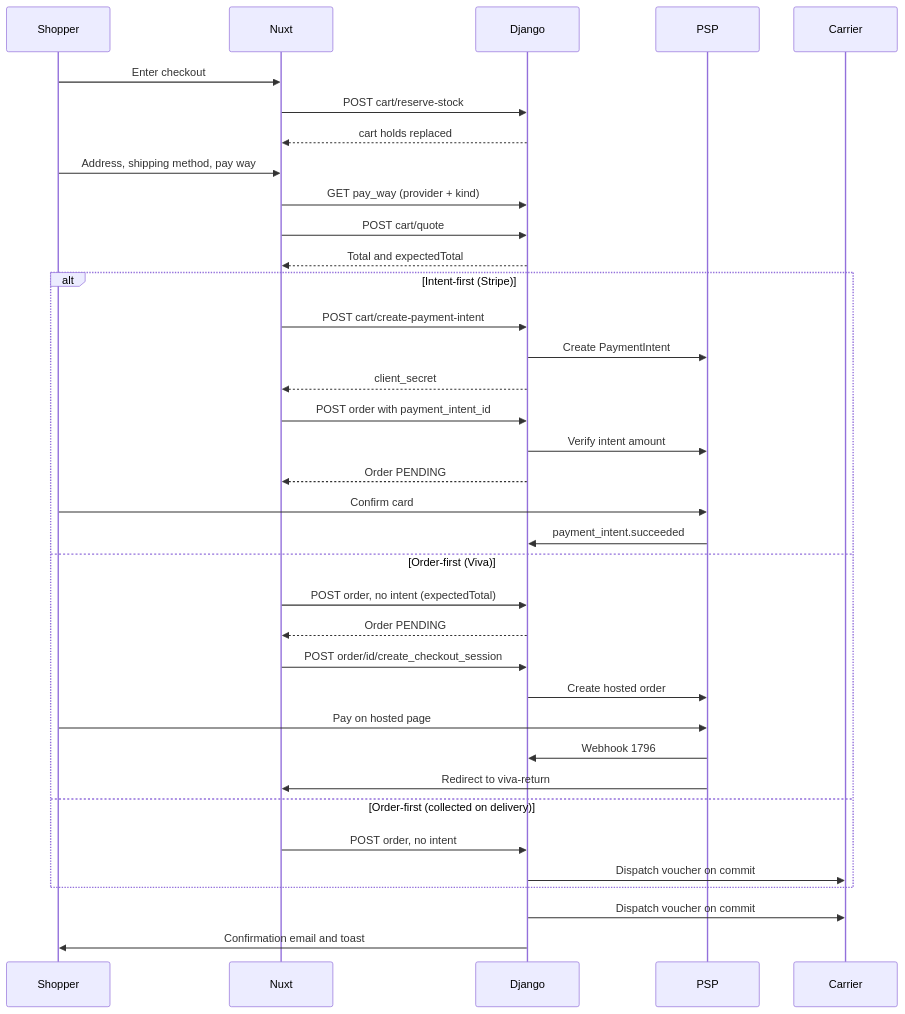
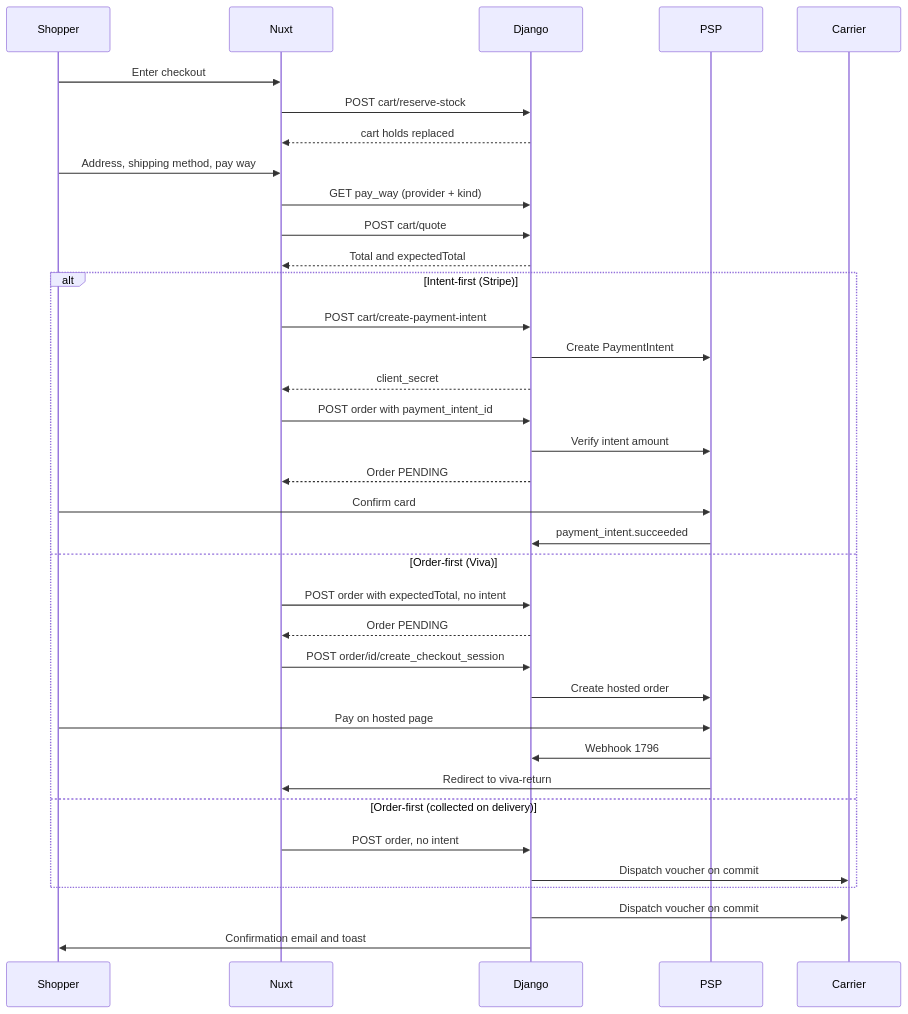
Before and after one commit to vasilistotskas/grooveshop-docs: the diagram in src/dev/flows/checkout-and-payment.md, drawn with Mermaid. The commit also changed other lines of this file and 2 other files, not shown here.

Commit message:
docs: expectedTotal is required on order creation

````diff
--- a/src/dev/flows/checkout-and-payment.md
+++ b/src/dev/flows/checkout-and-payment.md
@@ -23,39 +23,39 @@
 ```mermaid
 sequenceDiagram
   participant S as Shopper
   participant N as Nuxt
   participant D as Django
   participant P as PSP
   participant C as Carrier
 
   S->>N: Enter checkout
   N->>D: POST cart/reserve-stock
   D-->>N: cart holds replaced
   S->>N: Address, shipping method, pay way
   N->>D: GET pay_way (provider + kind)
   N->>D: POST cart/quote
   D-->>N: Total and expectedTotal
   alt Intent-first (Stripe)
     N->>D: POST cart/create-payment-intent
     D->>P: Create PaymentIntent
     D-->>N: client_secret
     N->>D: POST order with payment_intent_id
     D->>P: Verify intent amount
     D-->>N: Order PENDING
     S->>P: Confirm card
     P->>D: payment_intent.succeeded
   else Order-first (Viva)
-    N->>D: POST order, no intent (expectedTotal)
+    N->>D: POST order with expectedTotal, no intent
     D-->>N: Order PENDING
     N->>D: POST order/id/create_checkout_session
     D->>P: Create hosted order
     S->>P: Pay on hosted page
     P->>D: Webhook 1796
     P->>N: Redirect to viva-return
   else Order-first (collected on delivery)
     N->>D: POST order, no intent
     D->>C: Dispatch voucher on commit
   end
   D->>C: Dispatch voucher on commit
   D->>S: Confirmation email and toast
 ```
````
